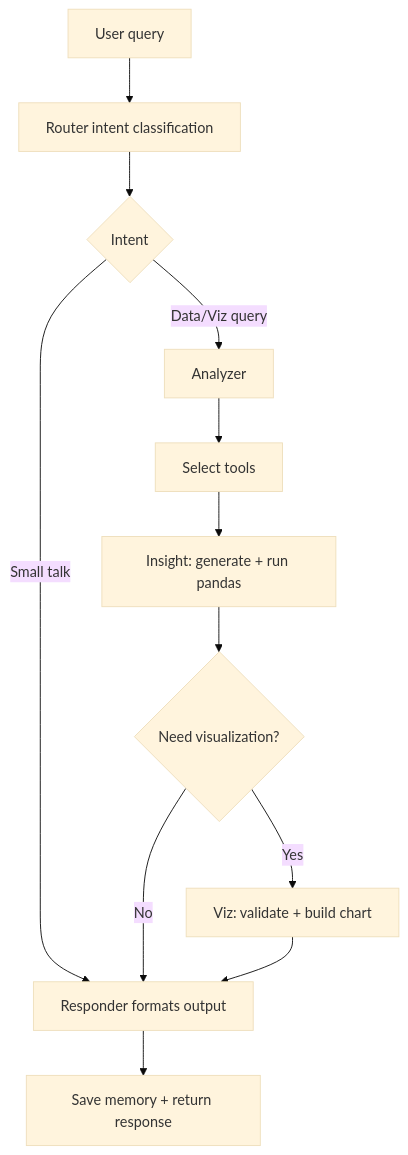
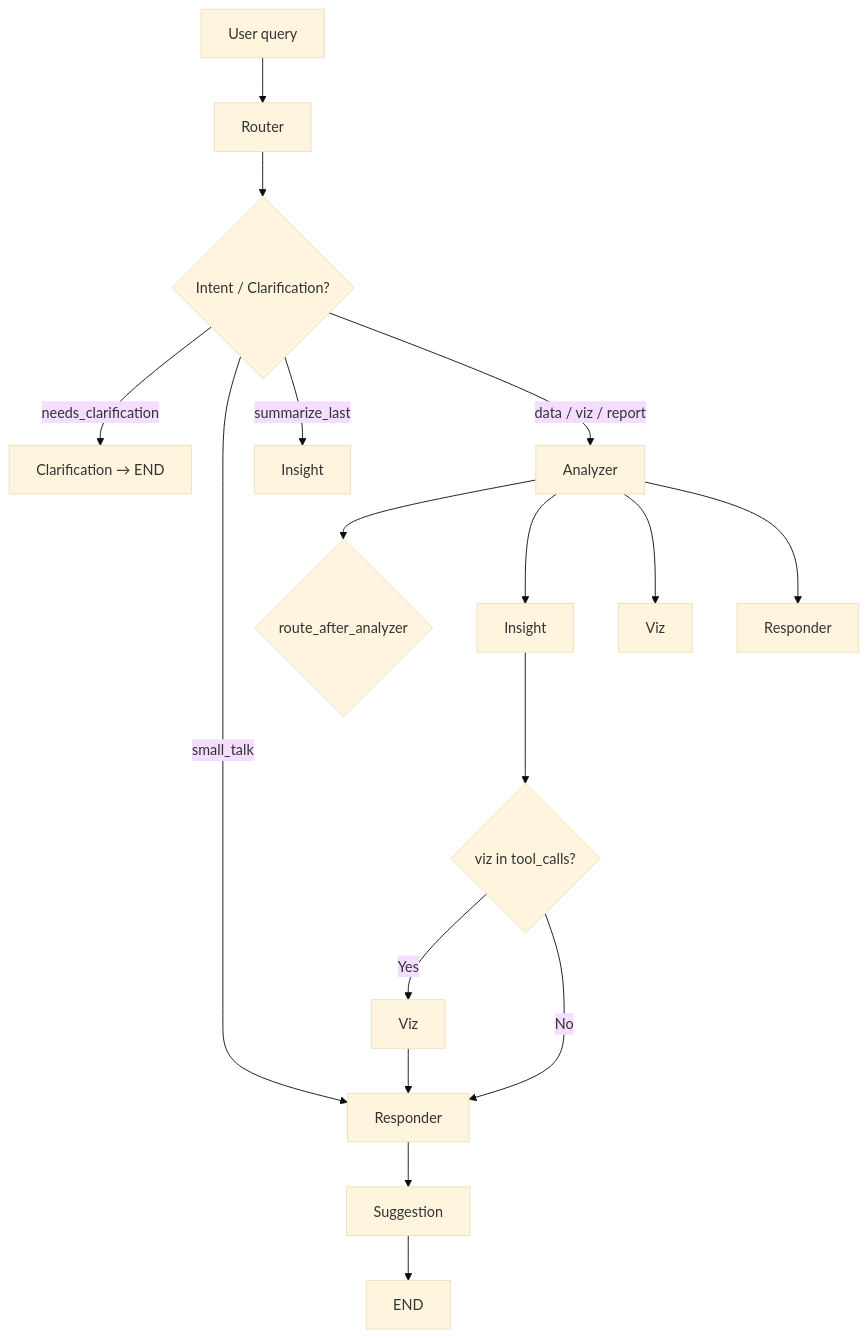
Before and after one commit to shivansh-2003/Data-Assistant: the diagram in chatbot/README.md, drawn with Mermaid (base theme). The commit also changed other lines of this file and 17 other files, not shown here.

````diff
--- a/chatbot/README.md
+++ b/chatbot/README.md
@@ -20,14 +82,19 @@
 ```mermaid
 flowchart TD
-    A[User query] --> B[Router intent classification]
-    B --> C{Intent}
-    C -->|Small talk| D[Responder]
-    C -->|Data/Viz query| E[Analyzer]
-    E --> F[Select tools]
-    F --> G[Insight: generate + run pandas]
-    G --> H{Need visualization?}
-    H -->|Yes| I[Viz: validate + build chart]
-    H -->|No| D
-    I --> D[Responder formats output]
-    D --> J[Save memory + return response]
+    A[User query] --> B[Router]
+    B --> C{Intent / Clarification?}
+    C -->|needs_clarification| D[Clarification → END]
+    C -->|small_talk| E[Responder]
+    C -->|summarize_last| F[Insight]
+    C -->|data / viz / report| G[Analyzer]
+    G --> H{route_after_analyzer}
+    G --> I[Insight]
+    G --> J[Viz]
+    G --> K[Responder]
+    I --> L{viz in tool_calls?}
+    L -->|Yes| M[Viz]
+    L -->|No| E
+    M --> E
+    E --> N[Suggestion]
+    N --> O[END]
 ```
````
